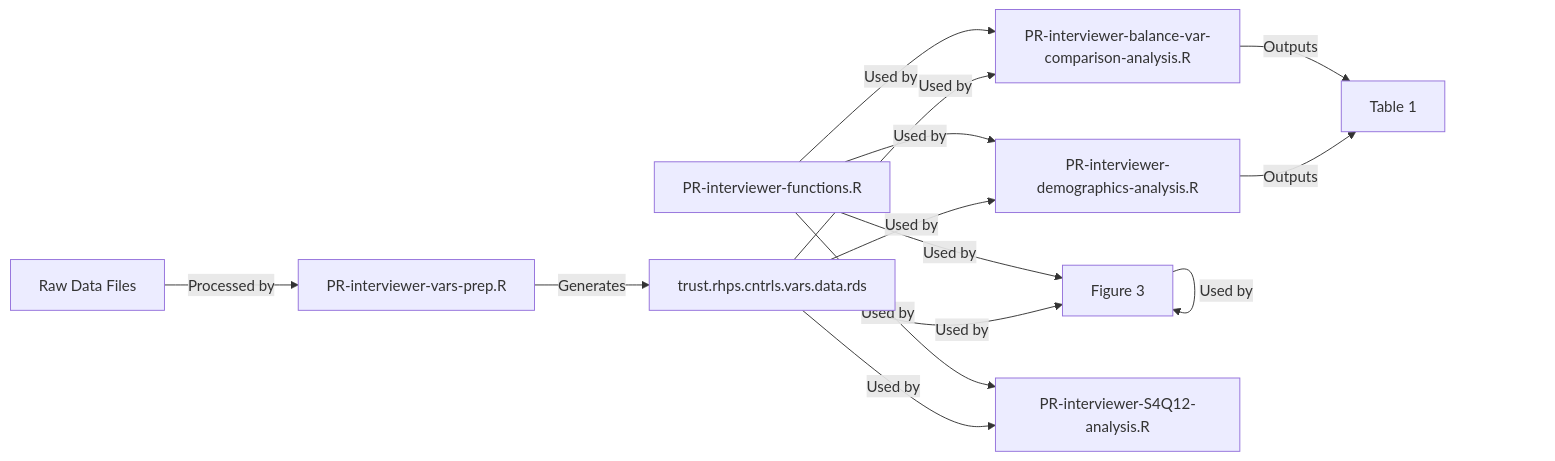
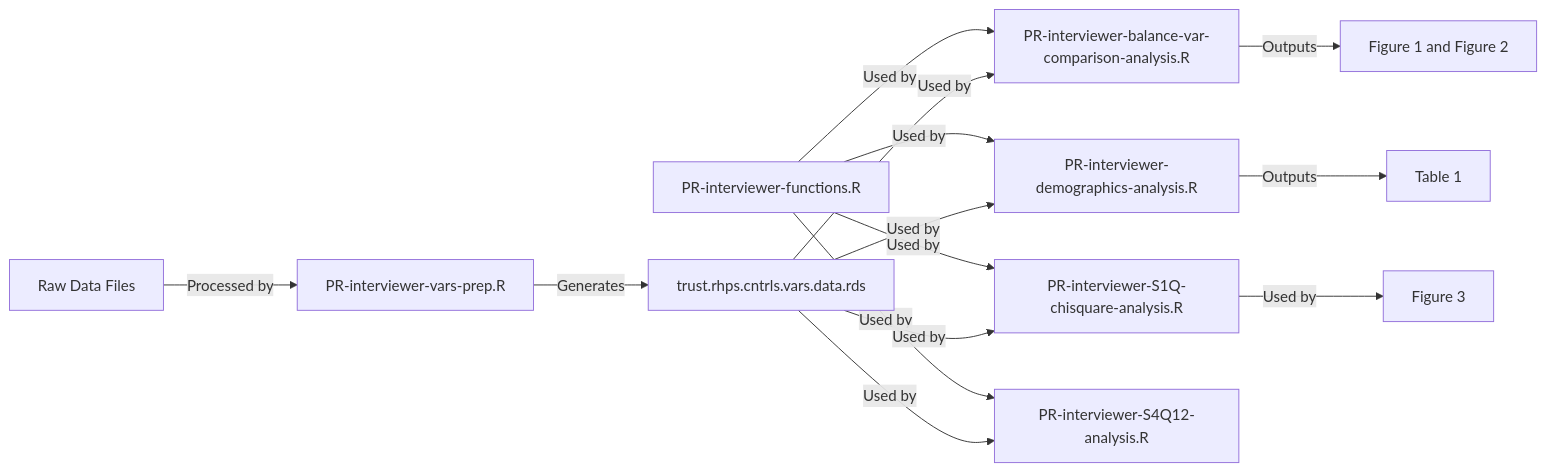
Before and after one commit to jacobtnyoung/PR-interviewer-comparison: the diagram in README.md, drawn with Mermaid. The commit also changed 1 other file, not shown here.

````diff
--- a/README.md
+++ b/README.md
@@ -28,24 +28,24 @@
 ```mermaid
 graph LR
     %% Data processing workflow
     1[Raw Data Files] -->|Processed by| A[PR-interviewer-vars-prep.R]
     A -->|Generates| B[trust.rhps.cntrls.vars.data.rds]
 
     %% Utility functions used by analysis scripts
     F[PR-interviewer-functions.R] -->|Used by| C[PR-interviewer-balance-var-comparison-analysis.R]
     F -->|Used by| D[PR-interviewer-demographics-analysis.R]
     F -->|Used by| E[PR-interviewer-S1Q-chisquare-analysis.R]
     F -->|Used by| G[PR-interviewer-S4Q12-analysis.R]
 
     %% Analysis scripts using processed data
     B -->|Used by| C[PR-interviewer-balance-var-comparison-analysis.R]
     B -->|Used by| D[PR-interviewer-demographics-analysis.R]
     B -->|Used by| E[PR-interviewer-S1Q-chisquare-analysis.R]
     B -->|Used by| G[PR-interviewer-S4Q12-analysis.R]
 
     %% Output generation
     C -->|Outputs| H[Figure 1 and Figure 2]
-    D -->|Outputs| H[Table 1]
-    E -->|Used by| E[Figure 3]
+    D -->|Outputs| I[Table 1]
+    E -->|Used by| J[Figure 3]
 
 ```    
````
